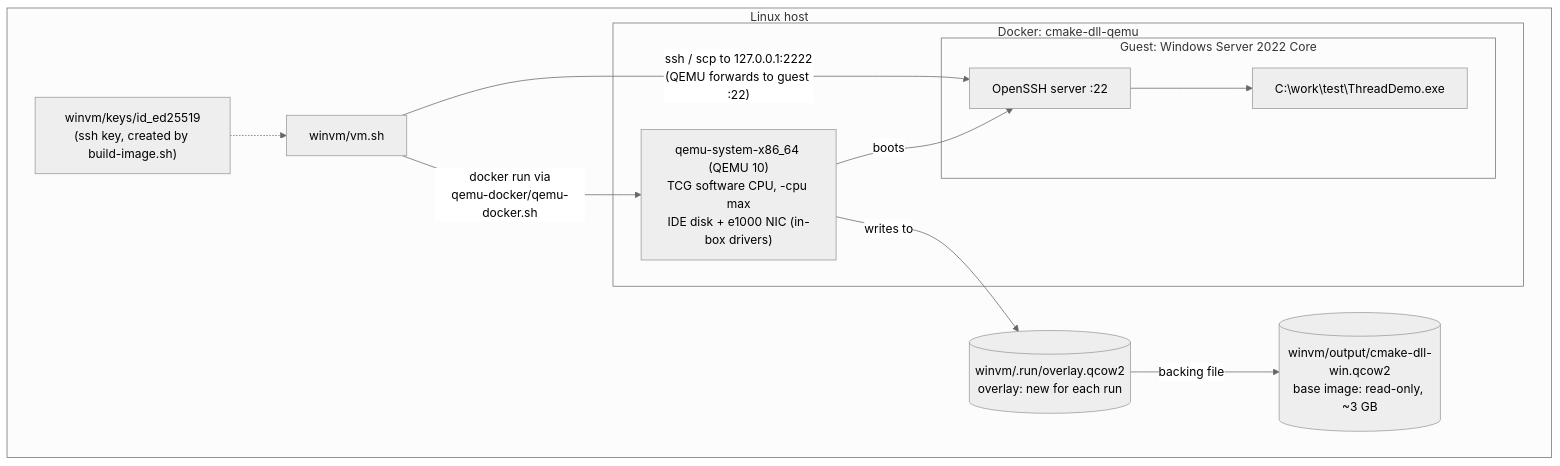
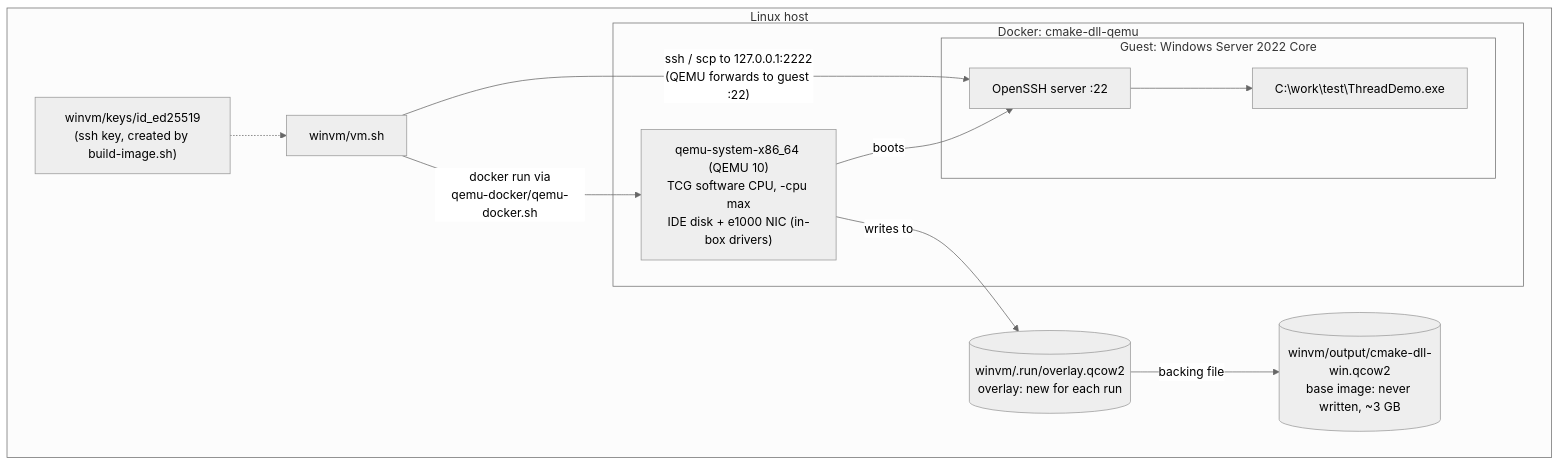
The second of 5 diagrams in README.md (JohnBlue-git/Windows_CMake_Build), drawn with Mermaid (neutral theme) before and after one commit. The commit also changed other lines of this file and 8 other files, not shown here.

````diff
--- a/README.md
+++ b/README.md
@@ -61,23 +61,23 @@
 ```mermaid
 flowchart TB
     subgraph HOST["Linux host"]
         VMSH["winvm/vm.sh"]
         KEY["winvm/keys/id_ed25519<br/>(ssh key, created by build-image.sh)"]
-        BASE[("winvm/output/cmake-dll-win.qcow2<br/>base image: read-only, ~3 GB")]
+        BASE[("winvm/output/cmake-dll-win.qcow2<br/>base image: never written, ~3 GB")]
         OVL[("winvm/.run/overlay.qcow2<br/>overlay: new for each run")]
         subgraph CT["Docker: cmake-dll-qemu"]
             QEMU["qemu-system-x86_64 (QEMU 10)<br/>TCG software CPU, -cpu max<br/>IDE disk + e1000 NIC (in-box drivers)"]
             subgraph WIN["Guest: Windows Server 2022 Core"]
                 SSHD["OpenSSH server :22"]
                 TEST["C:\work\test\ThreadDemo.exe"]
             end
         end
     end
     VMSH -->|"docker run via<br/>qemu-docker/qemu-docker.sh"| QEMU
     QEMU -->|"boots"| SSHD
     QEMU -->|"writes to"| OVL
     OVL -->|"backing file"| BASE
     VMSH -->|"ssh / scp to 127.0.0.1:2222<br/>(QEMU forwards to guest :22)"| SSHD
     KEY -.-> VMSH
     SSHD --> TEST
 ```
````
